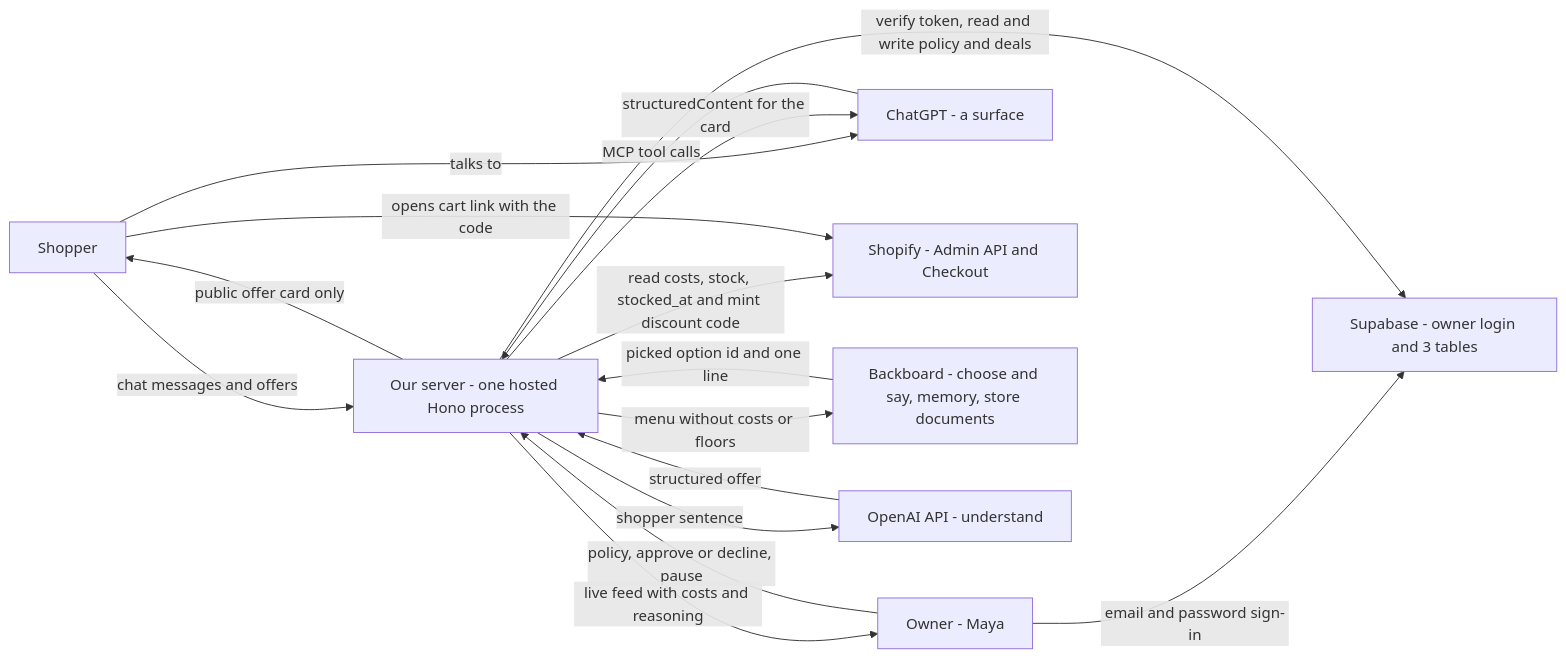
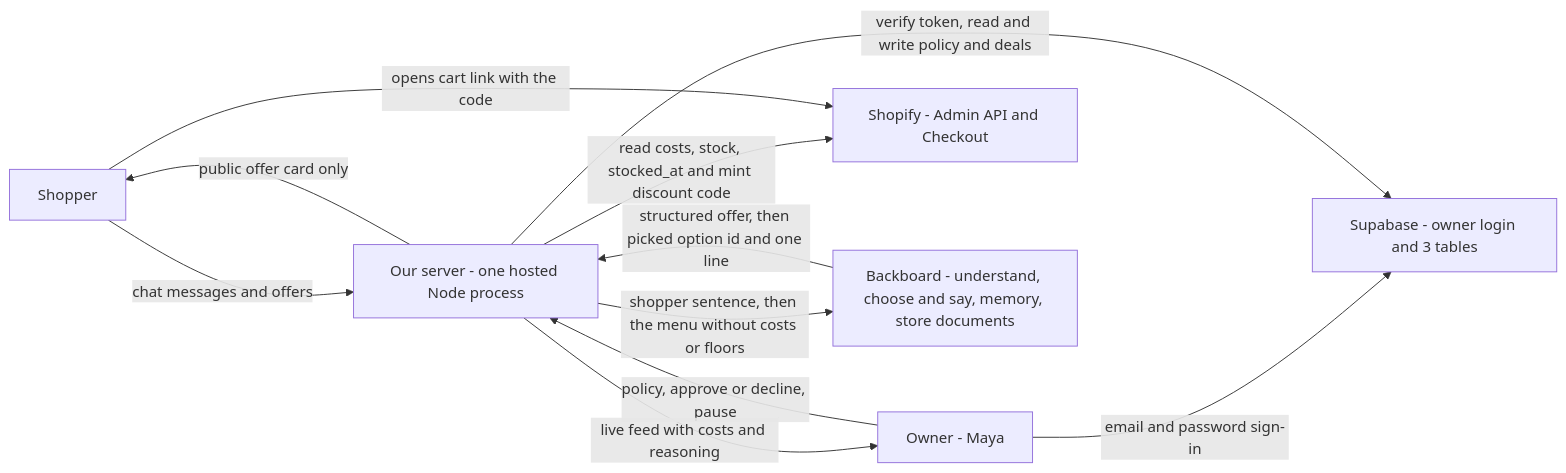
Before and after one commit to Maristanez/bazaar: the first of 2 diagrams in docs/SPEC.md, drawn with Mermaid. The commit also changed other lines of this file and 13 other files, not shown here.

````diff
--- a/docs/SPEC.md
+++ b/docs/SPEC.md
@@ -207,27 +203,20 @@
 ```mermaid
 flowchart LR
   SH["Shopper"]
   OW["Owner - Maya"]
-  GPT["ChatGPT - a surface"]
-  SRV["Our server - one hosted Hono process"]
+  SRV["Our server - one hosted Node process"]
   SHOP["Shopify - Admin API and Checkout"]
-  BB["Backboard - choose and say, memory, store documents"]
-  OAI["OpenAI API - understand"]
+  BB["Backboard - understand, choose and say, memory, store documents"]
   SB["Supabase - owner login and 3 tables"]
 
   SH -->|"chat messages and offers"| SRV
   SRV -->|"public offer card only"| SH
-  SH -->|"talks to"| GPT
-  GPT -->|"MCP tool calls"| SRV
-  SRV -->|"structuredContent for the card"| GPT
   OW -->|"policy, approve or decline, pause"| SRV
   SRV -->|"live feed with costs and reasoning"| OW
   OW -->|"email and password sign-in"| SB
   SRV -->|"verify token, read and write policy and deals"| SB
   SRV -->|"read costs, stock, stocked_at and mint discount code"| SHOP
   SH -->|"opens cart link with the code"| SHOP
-  SRV -->|"shopper sentence"| OAI
-  OAI -->|"structured offer"| SRV
-  SRV -->|"menu without costs or floors"| BB
-  BB -->|"picked option id and one line"| SRV
+  SRV -->|"shopper sentence, then the menu without costs or floors"| BB
+  BB -->|"structured offer, then picked option id and one line"| SRV
 ```
````
